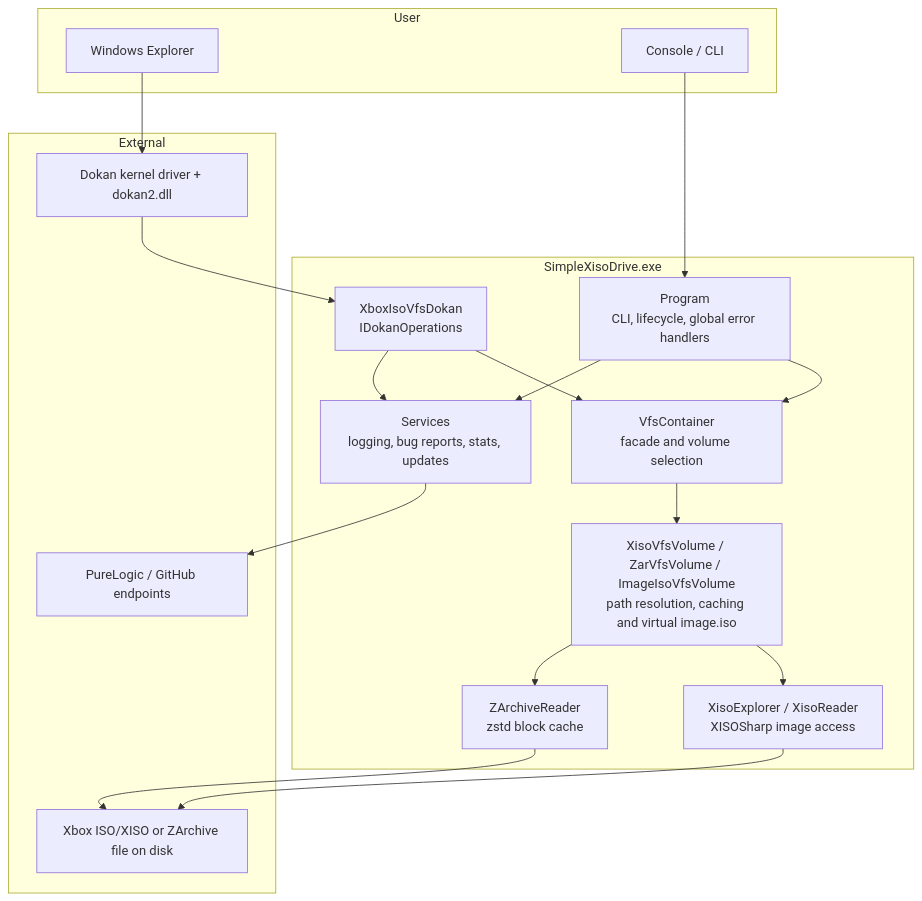
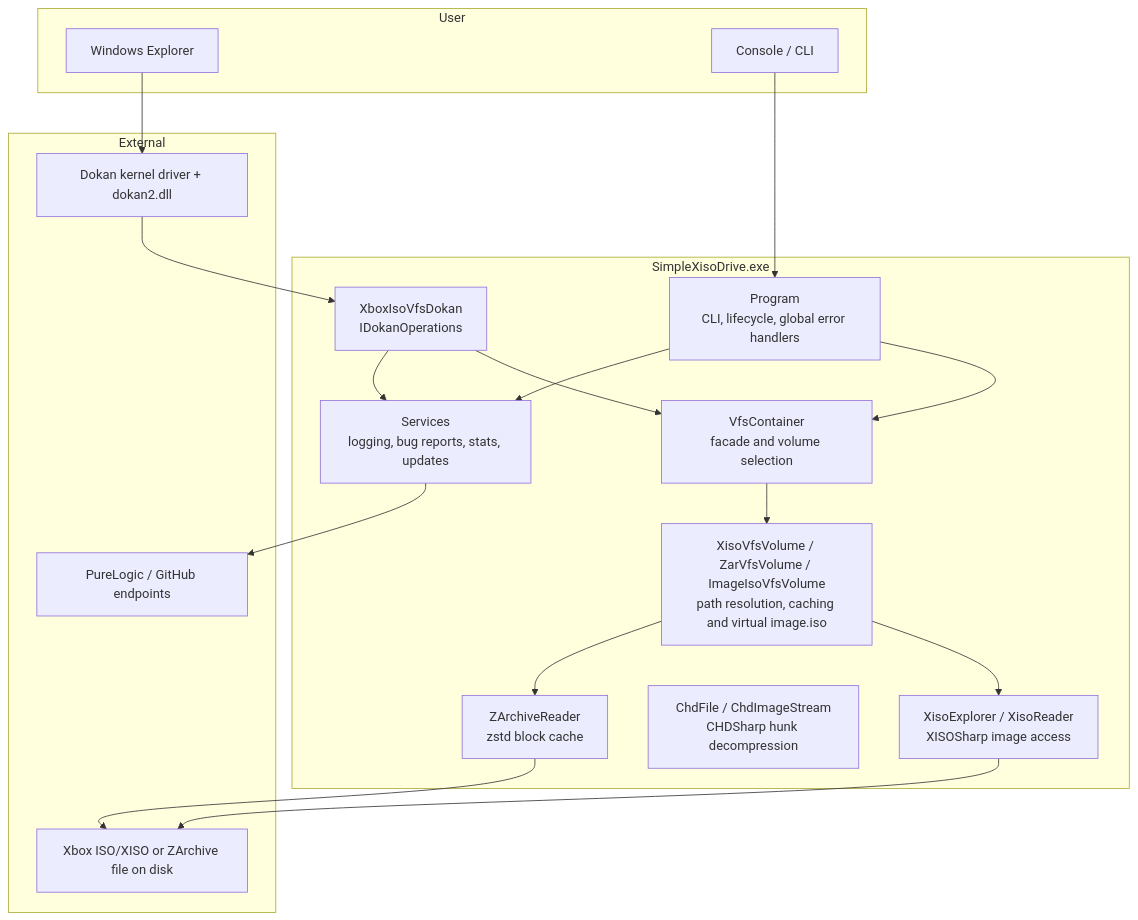
The first of 2 diagrams in docs/Architecture.md (purelogiccode/SimpleXisoDrive), drawn with Mermaid before and after one commit. The commit also changed other lines of this file and 22 other files, not shown here.

Commit message:
Add Xbox ISO CHD mounting via CHDSharp

````diff
--- a/docs/Architecture.md
+++ b/docs/Architecture.md
@@ -10,37 +10,38 @@
 ```mermaid
 flowchart TD
     subgraph User["User"]
         Explorer["Windows Explorer"]
         Console["Console / CLI"]
     end
 
     subgraph App["SimpleXisoDrive.exe"]
         Program["Program<br/>CLI, lifecycle, global error handlers"]
         DokanOps["XboxIsoVfsDokan<br/>IDokanOperations"]
         Vfs["VfsContainer<br/>facade and volume selection"]
         Volumes["XisoVfsVolume / ZarVfsVolume / ImageIsoVfsVolume<br/>path resolution, caching and virtual image.iso"]
         Xiso["XisoExplorer / XisoReader<br/>XISOSharp image access"]
+        Chd["ChdFile / ChdImageStream<br/>CHDSharp hunk decompression"]
         Zar["ZArchiveReader<br/>zstd block cache"]
         Services["Services<br/>logging, bug reports, stats, updates"]
     end
 
     subgraph External["External"]
         Dokan["Dokan kernel driver + dokan2.dll"]
         Image["Xbox ISO/XISO or ZArchive file on disk"]
         Api["PureLogic / GitHub endpoints"]
     end
 
     Explorer --> Dokan
     Console --> Program
     Dokan --> DokanOps
     DokanOps --> Vfs
     Vfs --> Volumes
     Volumes --> Xiso
     Volumes --> Zar
     Xiso --> Image
     Zar --> Image
     Program --> Vfs
     Program --> Services
     DokanOps --> Services
     Services --> Api
 ```
````
